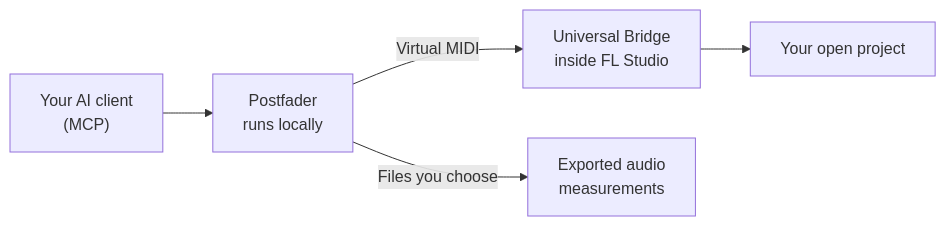
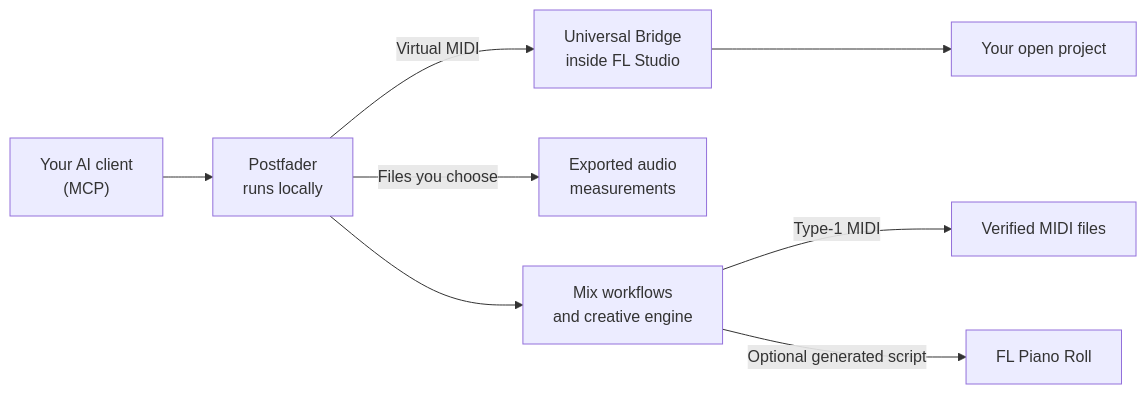
The diagram in README.md (synopsys0/postfader-fl-studio-mcp), drawn with Mermaid before and after one commit. The commit also changed other lines of this file and 48 other files, not shown here.

```diff
--- a/README.md
+++ b/README.md
@@ -97,7 +107,10 @@
 ~~~mermaid
 flowchart LR
     A["Your AI client<br/>(MCP)"] --> B["Postfader<br/>runs locally"]
     B -->|"Virtual MIDI"| C["Universal Bridge<br/>inside FL Studio"]
     C --> D["Your open project"]
     B -->|"Files you choose"| E["Exported audio<br/>measurements"]
+    B --> F["Mix workflows<br/>and creative engine"]
+    F -->|"Type-1 MIDI"| G["Verified MIDI files"]
+    F -->|"Optional generated script"| H["FL Piano Roll"]
 ~~~
```
